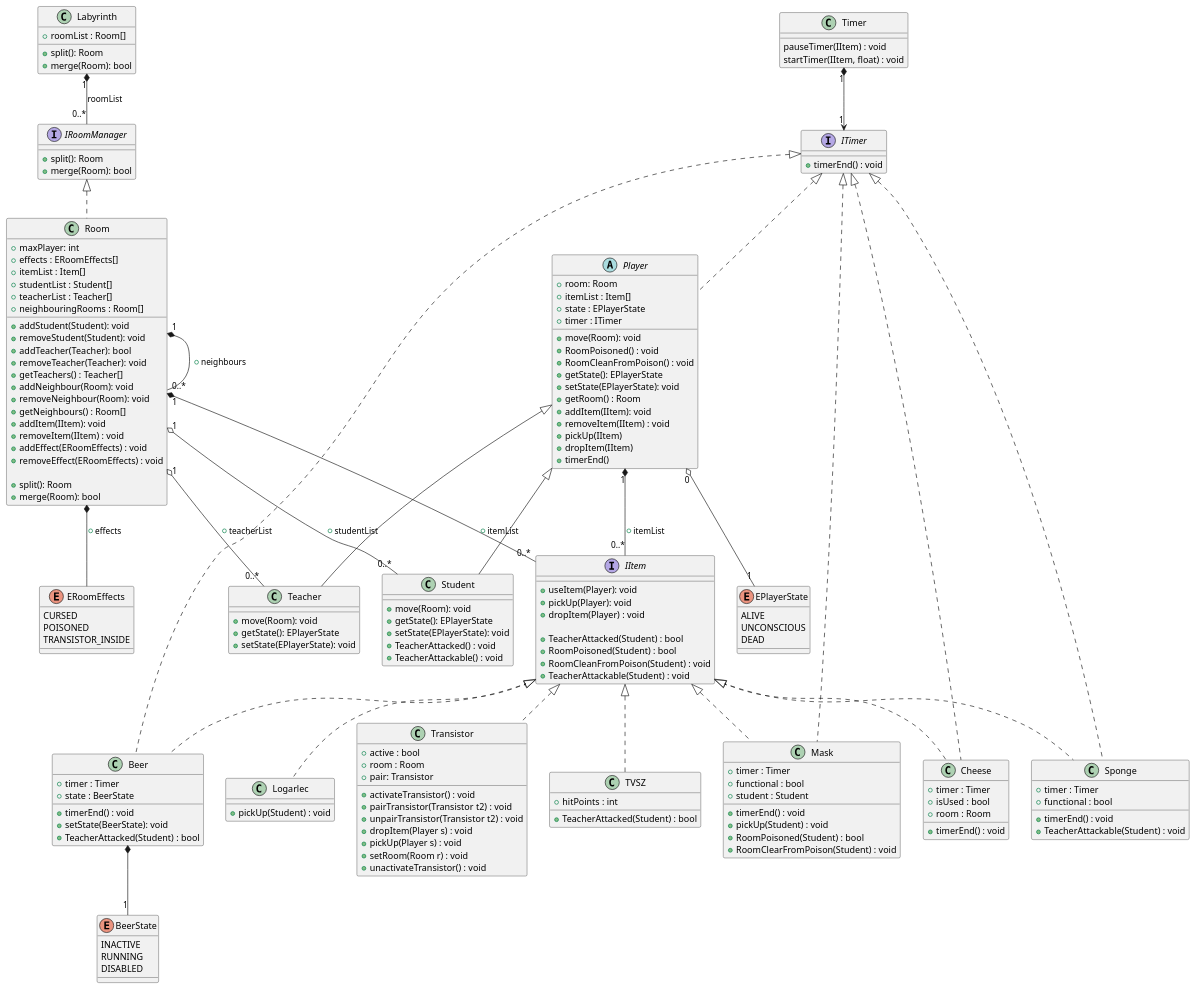
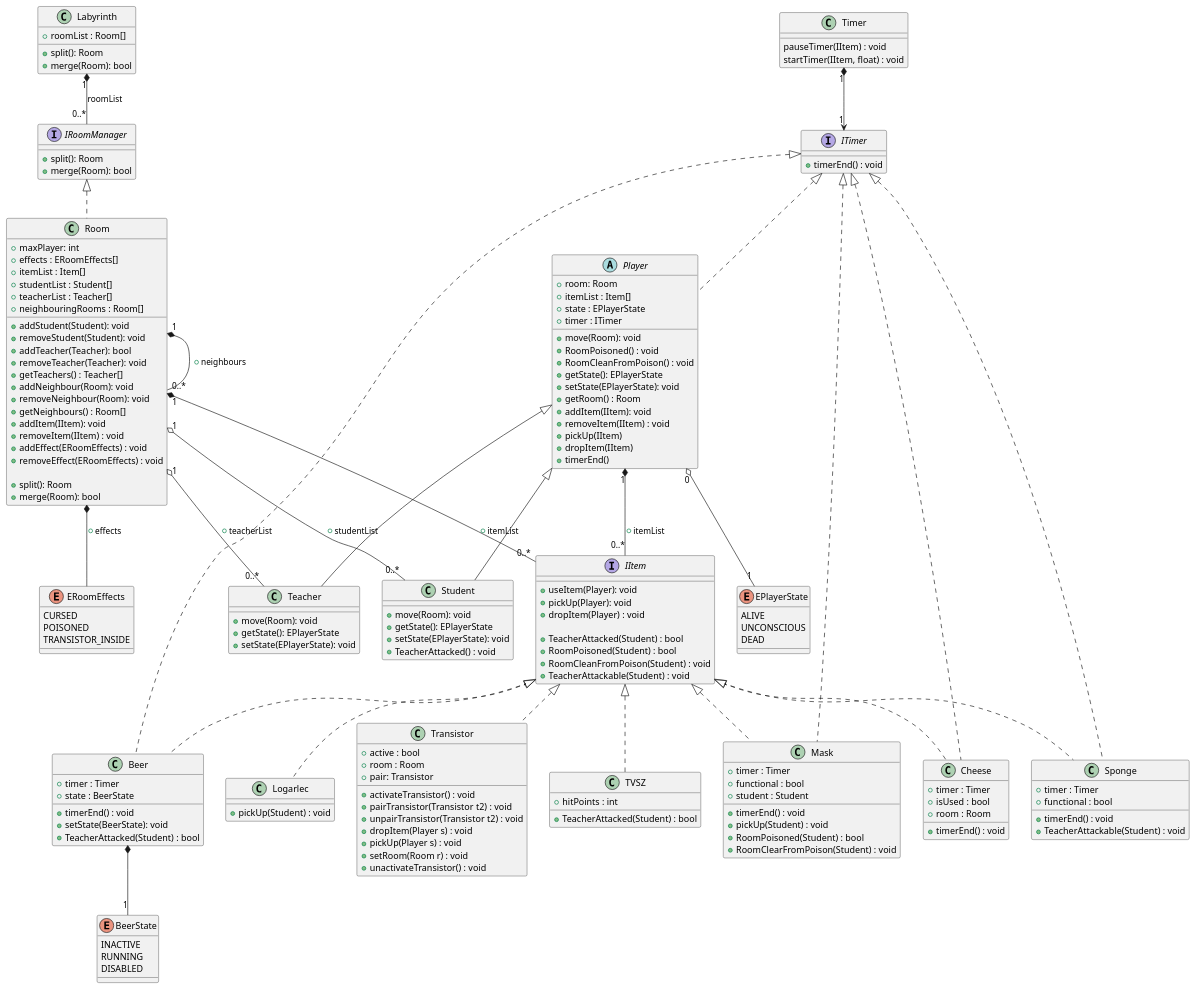
The diagram in docs/Class_UML.plantuml (MBakter/echo), drawn with PlantUML before and after one commit. The commit also changed 12 other files, not shown here.

```diff
--- a/docs/Class_UML.plantuml
+++ b/docs/Class_UML.plantuml
@@ -1,195 +1,194 @@
 @startuml UML
 
 class Labyrinth {
     +roomList : Room[]
 
     + split(): Room
     + merge(Room): bool
 }
 
 Labyrinth "1" *-- "0..*" IRoomManager: roomList
 
 interface IRoomManager {
     + split(): Room
     + merge(Room): bool
 }
 
 /' Removed implementing IItemHolder '/
 class Room implements IRoomManager {
     + maxPlayer: int
     + effects : ERoomEffects[]
     + itemList : Item[]
     + studentList : Student[]
     + teacherList : Teacher[]
     + neighbouringRooms : Room[]
 
     + addStudent(Student): void
     + removeStudent(Student): void
     + addTeacher(Teacher): bool
     + removeTeacher(Teacher): void
     + getTeachers() : Teacher[]
     + addNeighbour(Room): void
     + removeNeighbour(Room): void
     + getNeighbours() : Room[]
     + addItem(IItem): void
     + removeItem(IItem) : void
     + addEffect(ERoomEffects) : void
     + removeEffect(ERoomEffects) : void
 
     + split(): Room
     + merge(Room): bool
 }
 
 Room "1" o-- "0..*" Student: + studentList
 Room "1" o-- "0..*" Teacher: + teacherList
 Room "1" *-- "0..*" Room: + neighbours
 Room "1" *-- "0..*" IItem: + itemList
 Room *-- ERoomEffects: + effects
 
 
 enum EPlayerState {
     ALIVE
     UNCONSCIOUS
     DEAD
 }
 
 /' Removed implementing IItemHolder '/
 abstract class Player implements ITimer{
     + room: Room
     + itemList : Item[]
     + state : EPlayerState
     + timer : ITimer
 
     + move(Room): void
     + RoomPoisoned() : void
     + RoomCleanFromPoison() : void
     + getState(): EPlayerState
     + setState(EPlayerState): void
     + getRoom() : Room
     + addItem(IItem): void
     + removeItem(IItem) : void
     + pickUp(IItem)
     + dropItem(IItem)
     + timerEnd()
 }
 
 Player "0" o-- "1" EPlayerState
 Player "1" *-- "0..*" IItem: + itemList
 
 interface IItem {
     + useItem(Player): void
     + pickUp(Player): void
     + dropItem(Player) : void
 
     + TeacherAttacked(Student) : bool
     + RoomPoisoned(Student) : bool
     + RoomCleanFromPoison(Student) : void
     + TeacherAttackable(Student) : void
 }
 
 class Teacher extends Player{
     + move(Room): void
     + getState(): EPlayerState
     + setState(EPlayerState): void
 }
 
 class Student extends Player{
     + move(Room): void
     + getState(): EPlayerState
     + setState(EPlayerState): void
     + TeacherAttacked() : void
-    + TeacherAttackable() : void
 }
 
 /' interface IItemHolder {
     + addItemy(Item: Item): void
     + removeItem(Item: Item): void
 } '/
 
 enum ERoomEffects {
     CURSED
     POISONED
     TRANSISTOR_INSIDE
 }
 
 interface ITimer {
     + timerEnd() : void
 }
 
 class TVSZ implements IItem {
     + hitPoints : int
 
     + TeacherAttacked(Student) : bool
 }
 
 class Transistor implements IItem  {
     + active : bool
     + room : Room
     + pair: Transistor
 
     + activateTransistor() : void
     + pairTransistor(Transistor t2) : void
     + unpairTransistor(Transistor t2) : void
     + dropItem(Player s) : void
     + pickUp(Player s) : void
     + setRoom(Room r) : void
     + unactivateTransistor() : void
 }
 
 enum BeerState {
     INACTIVE
     RUNNING
     DISABLED
 }
 
 class Beer implements IItem, ITimer {
     + timer : Timer
     + state : BeerState
     
     + timerEnd() : void
     + setState(BeerState): void
     + TeacherAttacked(Student) : bool
     /'+ activateBeer() : void '/
 }
 Beer *-- "1" BeerState
 
 class Mask implements IItem, ITimer  {
     + timer : Timer
     + functional : bool
     + student : Student
 
     + timerEnd() : void
     + pickUp(Student) : void
     + RoomPoisoned(Student) : bool
     + RoomClearFromPoison(Student) : void
 
 }
 
 class Sponge  implements IItem, ITimer {
     + timer : Timer
     + functional : bool
 
     + timerEnd() : void
     + TeacherAttackable(Student) : void
 }
 
 class Cheese  implements IItem, ITimer {
     + timer : Timer
     + isUsed : bool
     + room : Room
     
     + timerEnd() : void
 }
 
 class Logarlec  implements IItem  {
     + pickUp(Student) : void
 }
 
 class Timer {
     pauseTimer(IItem) : void
     startTimer(IItem, float) : void
 }
 Timer "1"*--> "1" ITimer
 
 
 @enduml
```
